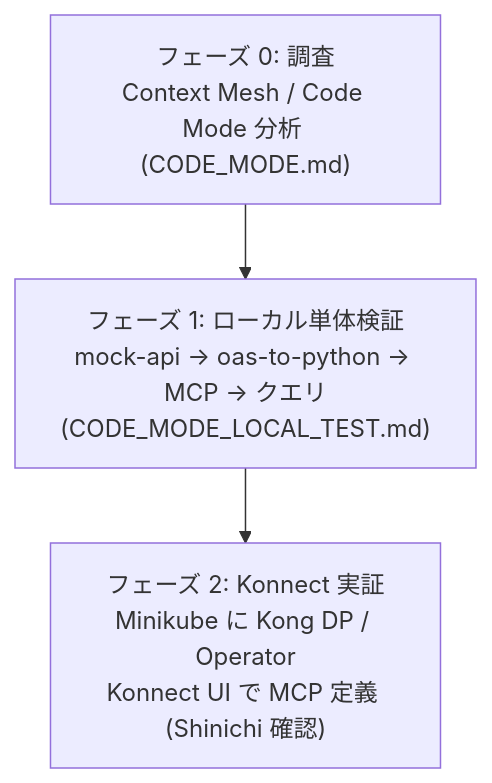
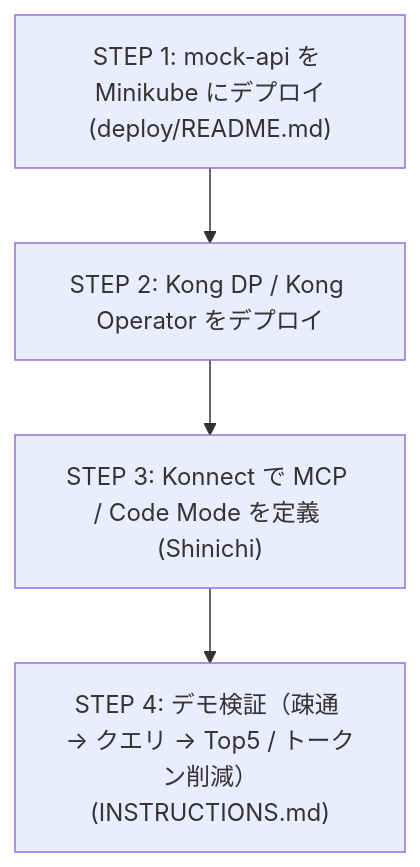
The second of 2 diagrams in README.md (picketfence-labs/konnect-code-mode-mcp), drawn with Mermaid before and after one commit. The commit also changed other lines of this file and 14 other files, not shown here.

First line of the commit message:
feat: mock-api を Kong DP 経由でも公開できるようにする (KongService/KongRoute)

````diff
--- a/README.md
+++ b/README.md
@@ -48,7 +48,8 @@
 ```mermaid
 flowchart TB
-  A["フェーズ 0: 調査<br/>Context Mesh / Code Mode 分析 (CODE_MODE.md)"]
-  B["フェーズ 1: ローカル単体検証<br/>mock-api → oas-to-python → MCP → クエリ<br/>(CODE_MODE_LOCAL_TEST.md)"]
-  C["フェーズ 2: Konnect 実証<br/>Minikube に Kong DP / Operator<br/>Konnect UI で MCP 定義 (Shinichi 確認)"]
-  A --> B --> C
+  A["STEP 1: mock-api を Minikube にデプロイ<br/>(deploy/README.md)"]
+  B["STEP 2: Kong DP / Kong Operator をデプロイ"]
+  C["STEP 3: Konnect で MCP / Code Mode を定義 (Shinichi)"]
+  D["STEP 4: デモ検証（疎通 → クエリ → Top5 / トークン削減）<br/>(INSTRUCTIONS.md)"]
+  A --> B --> C --> D
 ```
````
